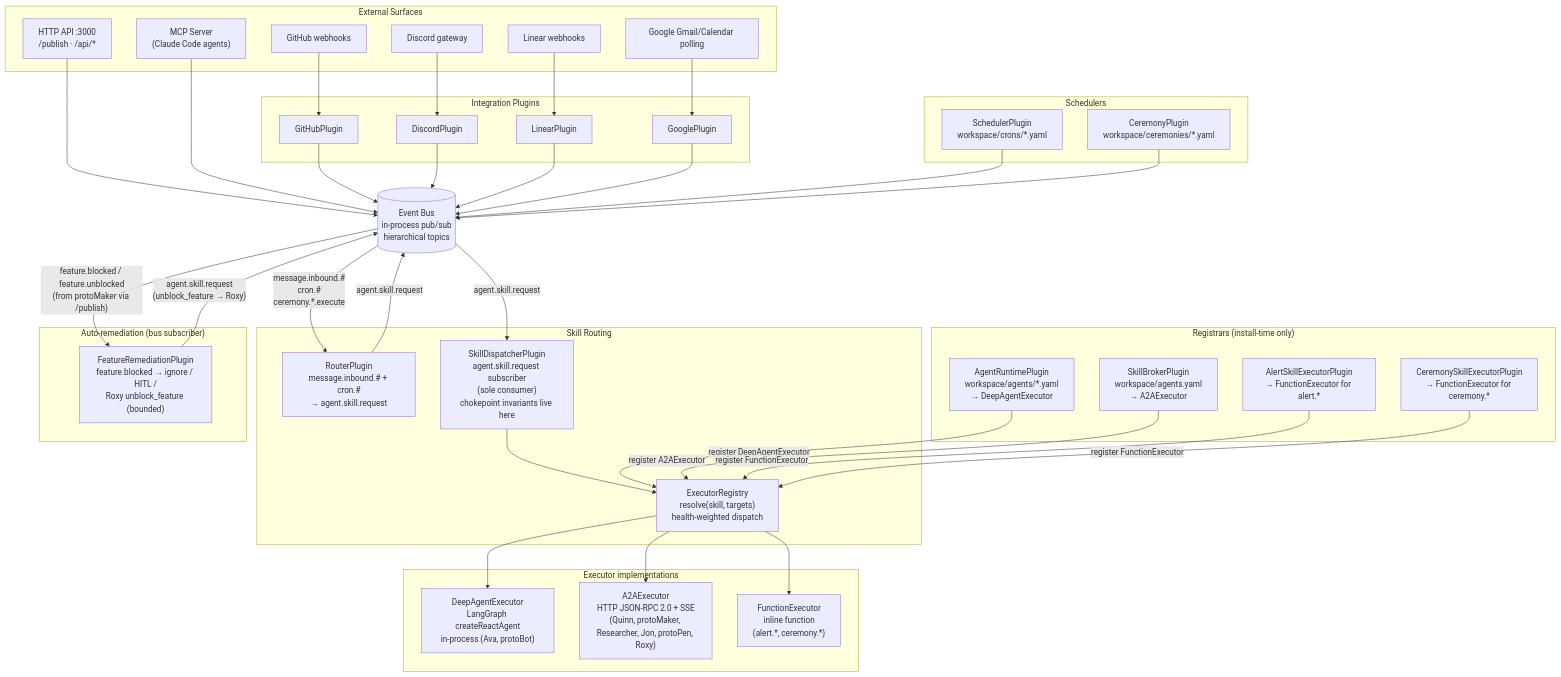
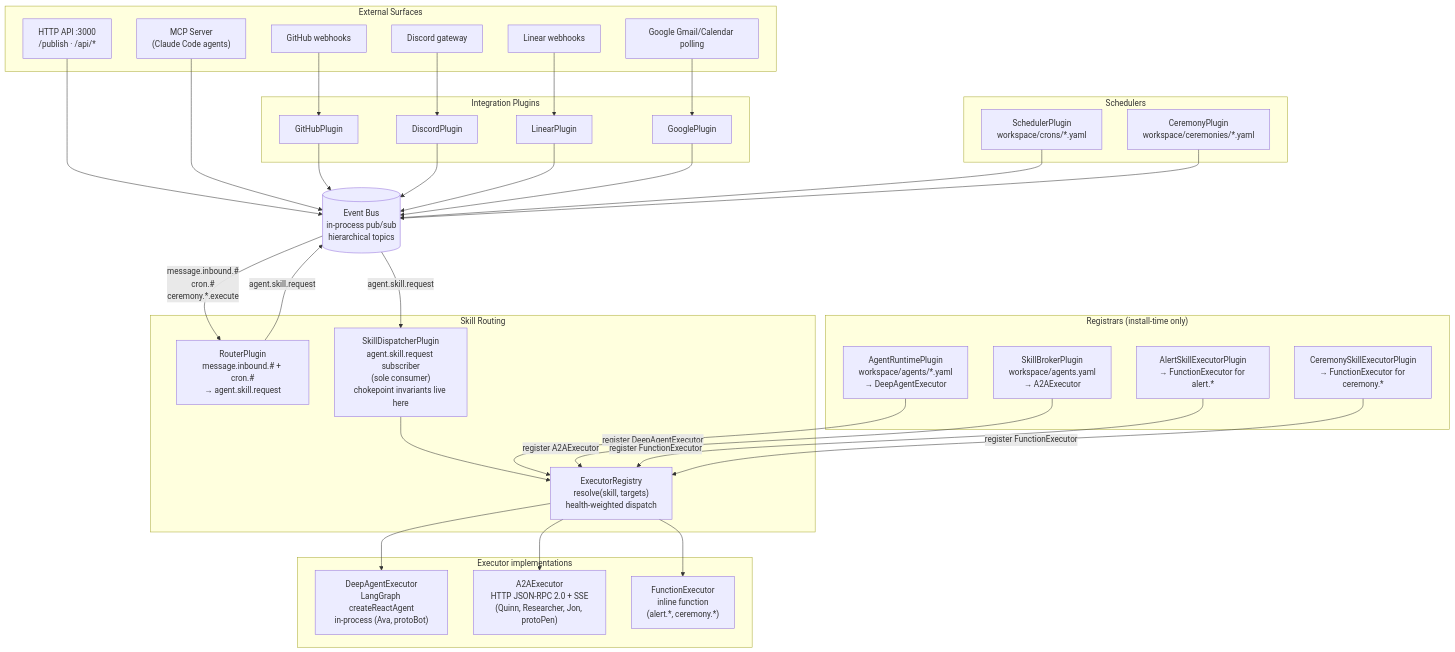
Before and after one commit to protoLabsAI/protoWorkstacean: the diagram in docs/explanation/architecture.md, drawn with Mermaid. The commit also changed 91 other files, not shown here.

````diff
--- a/docs/explanation/architecture.md
+++ b/docs/explanation/architecture.md
@@ -13,72 +13,65 @@
 ```mermaid
 flowchart TD
     subgraph Surfaces["External Surfaces"]
         GH[GitHub webhooks]
         DC[Discord gateway]
         LN[Linear webhooks]
         GG[Google Gmail/Calendar polling]
         HTTP["HTTP API :3000\n/publish · /api/*"]
         MCP["MCP Server\n(Claude Code agents)"]
     end
 
     BUS[("Event Bus\nin-process pub/sub\nhierarchical topics")]
 
     subgraph Adapters["Integration Plugins"]
         GHP[GitHubPlugin]
         DCP[DiscordPlugin]
         LNP[LinearPlugin]
         GGP[GooglePlugin]
     end
 
     subgraph Schedulers["Schedulers"]
         SP["SchedulerPlugin\nworkspace/crons/*.yaml"]
         CP["CeremonyPlugin\nworkspace/ceremonies/*.yaml"]
     end
 
     subgraph Routing["Skill Routing"]
         RTP["RouterPlugin\nmessage.inbound.# + cron.#\n→ agent.skill.request"]
         SDP["SkillDispatcherPlugin\nagent.skill.request subscriber\n(sole consumer)\nchokepoint invariants live here"]
         REG["ExecutorRegistry\nresolve(skill, targets)\nhealth-weighted dispatch"]
     end
 
     subgraph Registrars["Registrars (install-time only)"]
         ART["AgentRuntimePlugin\nworkspace/agents/*.yaml\n→ DeepAgentExecutor"]
         SKB["SkillBrokerPlugin\nworkspace/agents.yaml\n→ A2AExecutor"]
         ASE["AlertSkillExecutorPlugin\n→ FunctionExecutor for alert.*"]
         CSE["CeremonySkillExecutorPlugin\n→ FunctionExecutor for ceremony.*"]
     end
 
-    subgraph Remediation["Auto-remediation (bus subscriber)"]
-        FR["FeatureRemediationPlugin\nfeature.blocked → ignore / HITL /\nRoxy unblock_feature (bounded)"]
-    end
-
     subgraph Executors["Executor implementations"]
         DAE["DeepAgentExecutor\nLangGraph createReactAgent\nin-process (Ava, protoBot)"]
-        A2AE["A2AExecutor\nHTTP JSON-RPC 2.0 + SSE\n(Quinn, protoMaker, Researcher, Jon, protoPen, Roxy)"]
+        A2AE["A2AExecutor\nHTTP JSON-RPC 2.0 + SSE\n(Quinn, Researcher, Jon, protoPen)"]
         FE["FunctionExecutor\ninline function\n(alert.*, ceremony.*)"]
     end
 
     GH --> GHP
     DC --> DCP
     LN --> LNP
     GG --> GGP
     HTTP --> BUS
     MCP --> BUS
 
     GHP & DCP & LNP & GGP --> BUS
     SP --> BUS
     CP --> BUS
 
     BUS -- "message.inbound.#\ncron.#\nceremony.*.execute" --> RTP
     RTP -- "agent.skill.request" --> BUS
     BUS -- "agent.skill.request" --> SDP
     SDP --> REG
     REG --> DAE & A2AE & FE
 
     ART -- "register DeepAgentExecutor" --> REG
     SKB -- "register A2AExecutor" --> REG
     ASE & CSE -- "register FunctionExecutor" --> REG
-
-    BUS -- "feature.blocked / feature.unblocked\n(from protoMaker via /publish)" --> FR
-    FR -- "agent.skill.request\n(unblock_feature → Roxy)" --> BUS
 ```
````
